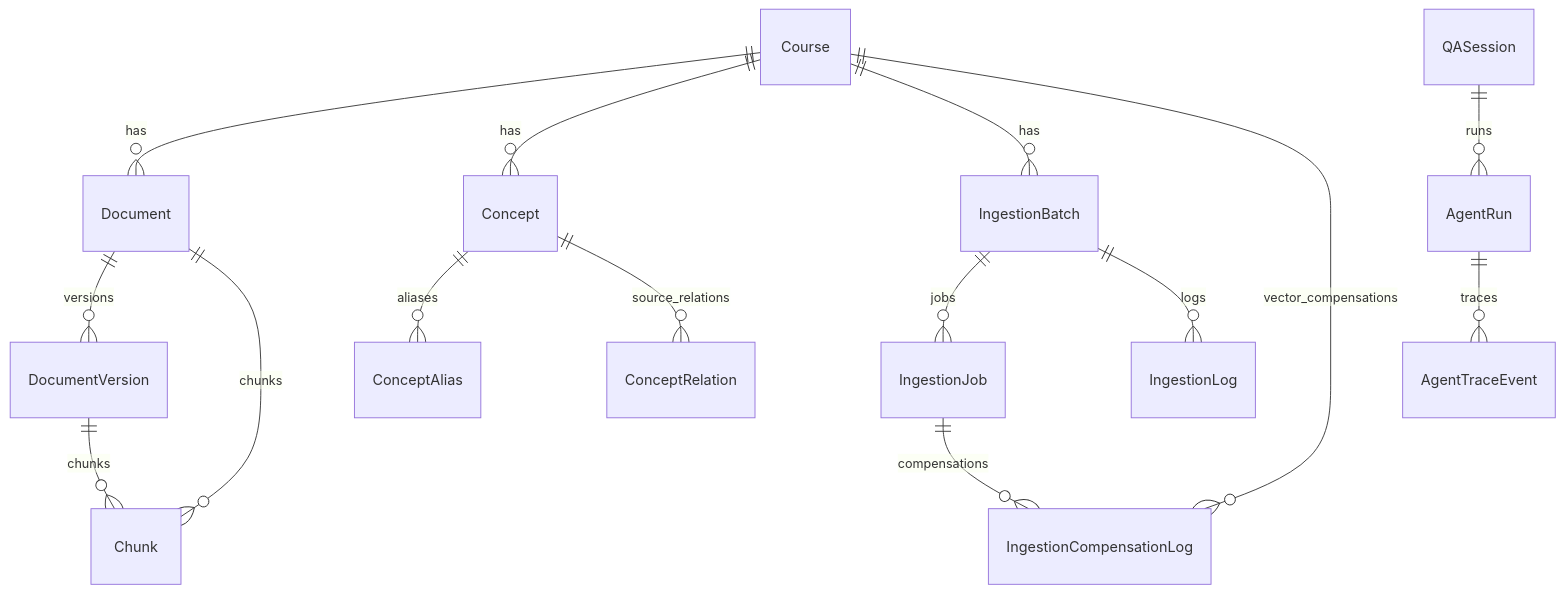
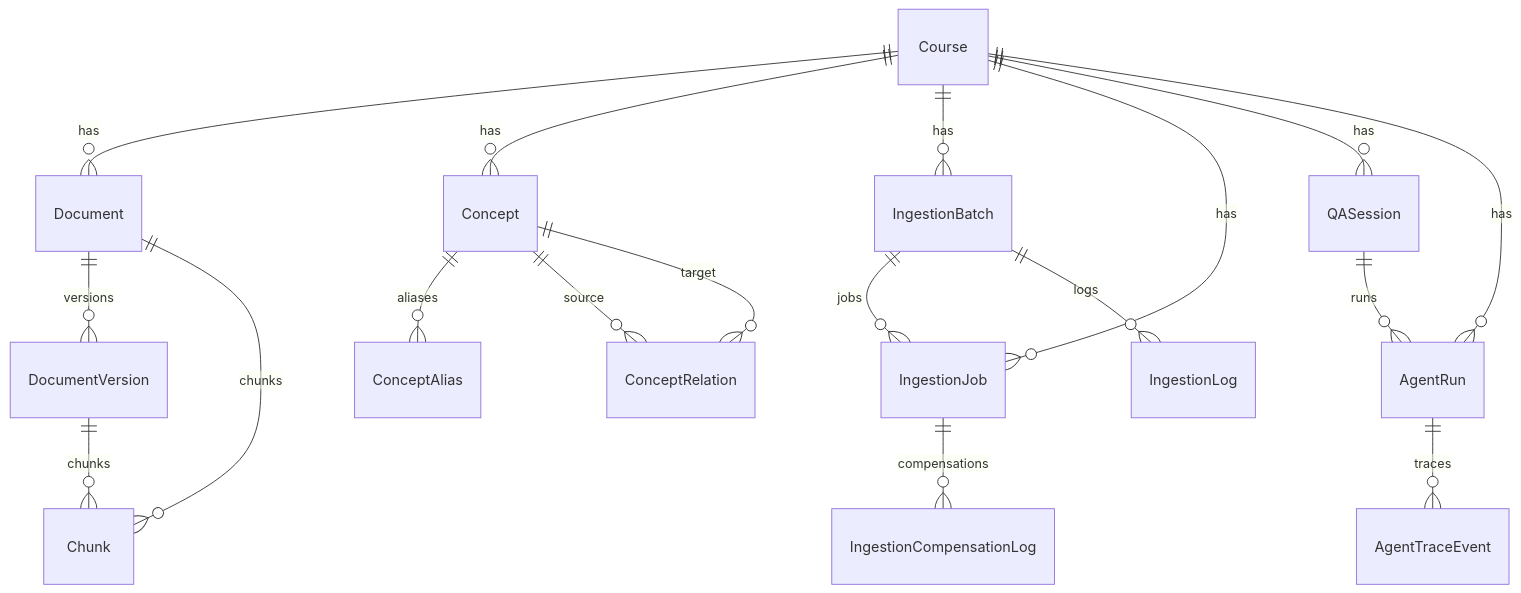
One commit to Sggggt/DialoGraph changed the second of 7 diagrams in README.en.md. Above: the diagram before and after it, drawn with Mermaid. The commit also changed other lines of this file and 26 other files, not shown here.

````diff
--- a/README.en.md
+++ b/README.en.md
@@ -74,17 +84,20 @@
 ```mermaid
 erDiagram
     Course ||--o{ Document : has
     Course ||--o{ Concept : has
     Course ||--o{ IngestionBatch : has
+    Course ||--o{ IngestionJob : has
+    Course ||--o{ QASession : has
+    Course ||--o{ AgentRun : has
     Document ||--o{ DocumentVersion : versions
     Document ||--o{ Chunk : chunks
     DocumentVersion ||--o{ Chunk : chunks
     Concept ||--o{ ConceptAlias : aliases
-    Concept ||--o{ ConceptRelation : source_relations
+    Concept ||--o{ ConceptRelation : source
+    Concept ||--o{ ConceptRelation : target
     IngestionBatch ||--o{ IngestionJob : jobs
     IngestionBatch ||--o{ IngestionLog : logs
     IngestionJob ||--o{ IngestionCompensationLog : compensations
-    Course ||--o{ IngestionCompensationLog : vector_compensations
     QASession ||--o{ AgentRun : runs
     AgentRun ||--o{ AgentTraceEvent : traces
 ```
````
